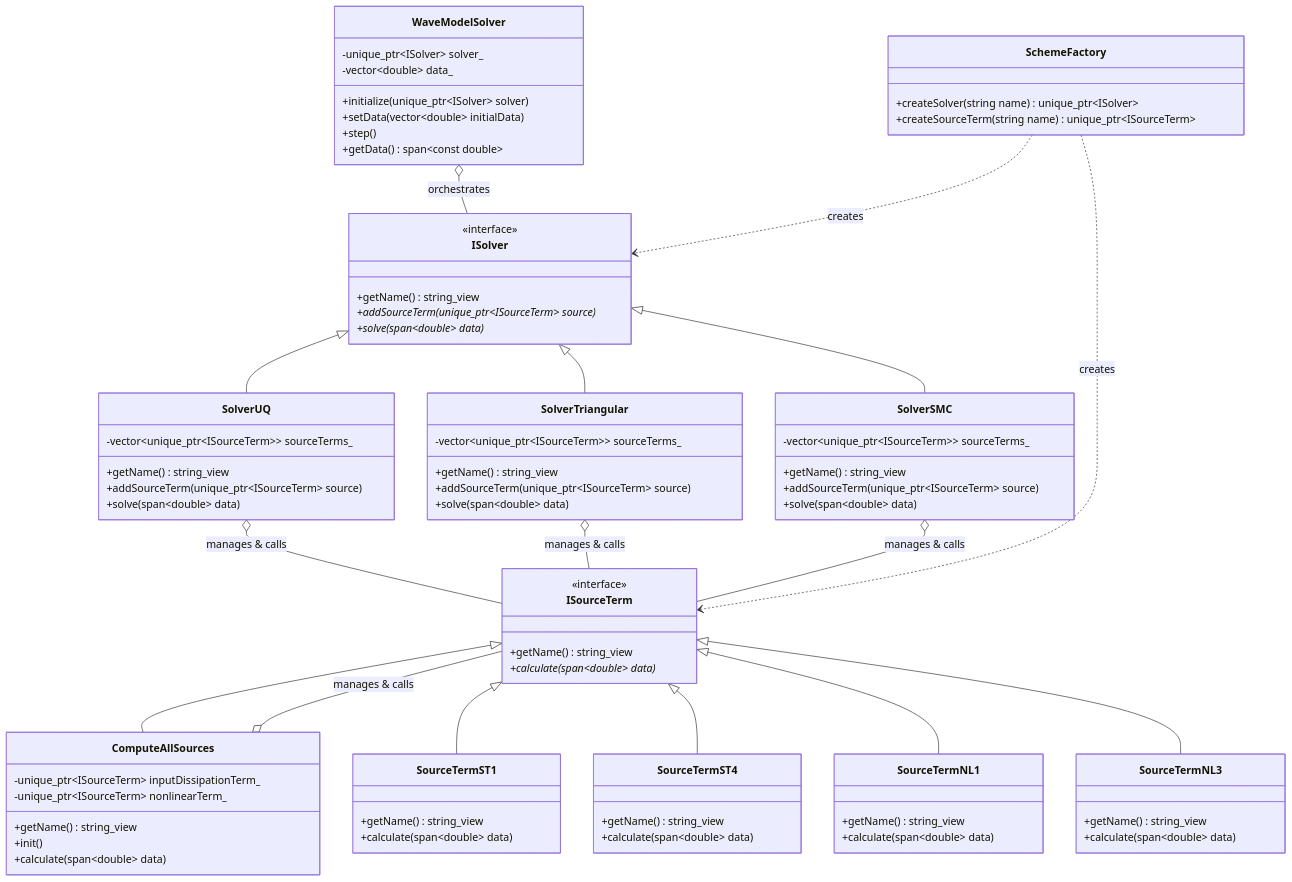
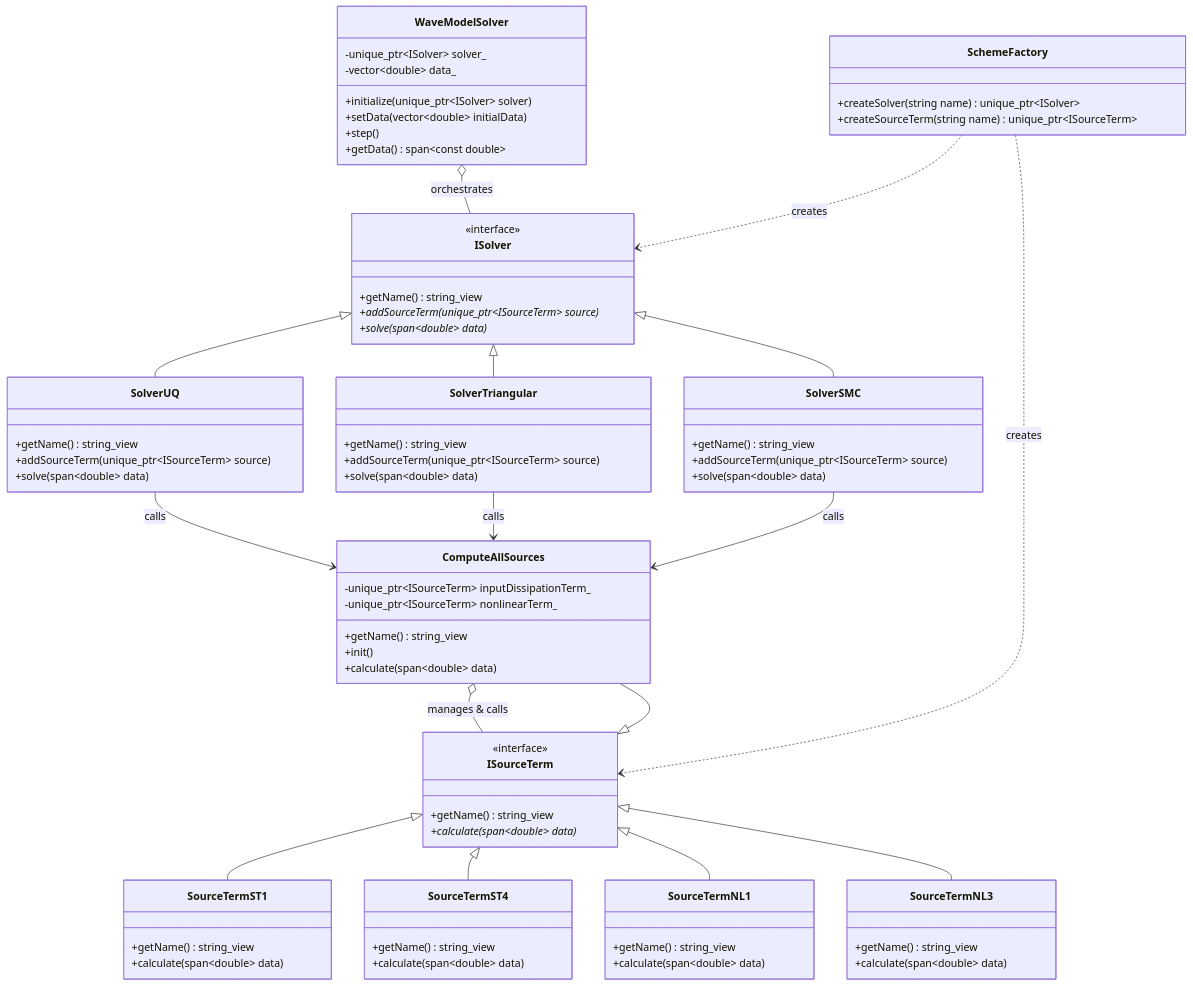
Before and after one commit to HendrikTolman-NOAA/WW4_HLT: the third of 3 diagrams in ARCHITECTURE.md, drawn with Mermaid. The commit also changed other lines of this file, not shown here.

Commit message:
Update ARCHITECTURE.md to show solvers calling ComputeAllSources directly
Refactor ARCHITECTURE.md so that numerical solvers (SolverUQ, SolverTriangular,
SolverSMC) directly call ComputeAllSources, and ComputeAllSources manages
and calls sub-source terms (SourceTermST1, SourceTermST4, SourceTermNL1,
SourceTermNL3) implementing ISourceTerm.

```diff
--- a/ARCHITECTURE.md
+++ b/ARCHITECTURE.md
@@ -121,21 +121,18 @@
     }
 
     class SolverUQ {
-        -vector~unique_ptr~ISourceTerm~~ sourceTerms_
         +getName() string_view
         +addSourceTerm(unique_ptr~ISourceTerm~ source)
         +solve(span~double~ data)
     }
 
     class SolverTriangular {
-        -vector~unique_ptr~ISourceTerm~~ sourceTerms_
         +getName() string_view
         +addSourceTerm(unique_ptr~ISourceTerm~ source)
         +solve(span~double~ data)
     }
 
     class SolverSMC {
-        -vector~unique_ptr~ISourceTerm~~ sourceTerms_
         +getName() string_view
         +addSourceTerm(unique_ptr~ISourceTerm~ source)
         +solve(span~double~ data)
@@ -178,9 +175,9 @@
     ISolver <|-- SolverUQ
     ISolver <|-- SolverTriangular
     ISolver <|-- SolverSMC
-    SolverUQ o-- ISourceTerm : manages & calls
-    SolverTriangular o-- ISourceTerm : manages & calls
-    SolverSMC o-- ISourceTerm : manages & calls
+    SolverUQ --> ComputeAllSources : calls
+    SolverTriangular --> ComputeAllSources : calls
+    SolverSMC --> ComputeAllSources : calls
     ISourceTerm <|-- ComputeAllSources
     ISourceTerm <|-- SourceTermST1
     ISourceTerm <|-- SourceTermST4
```
